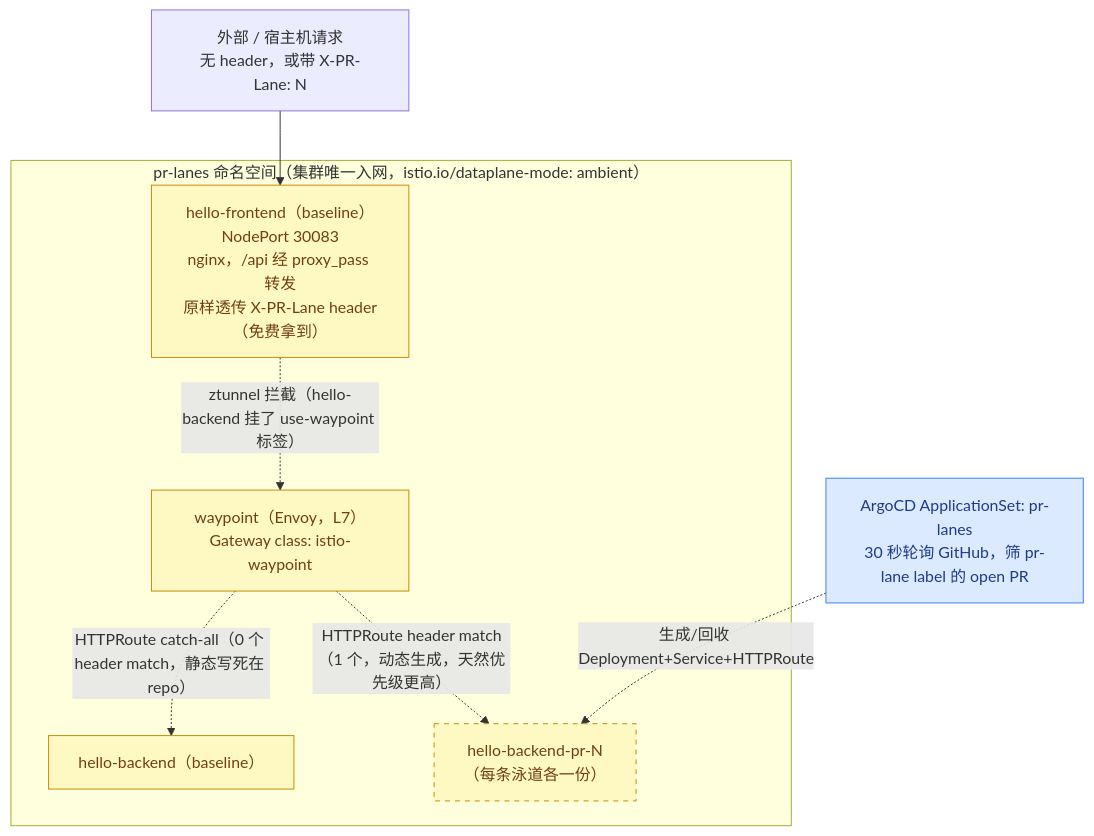
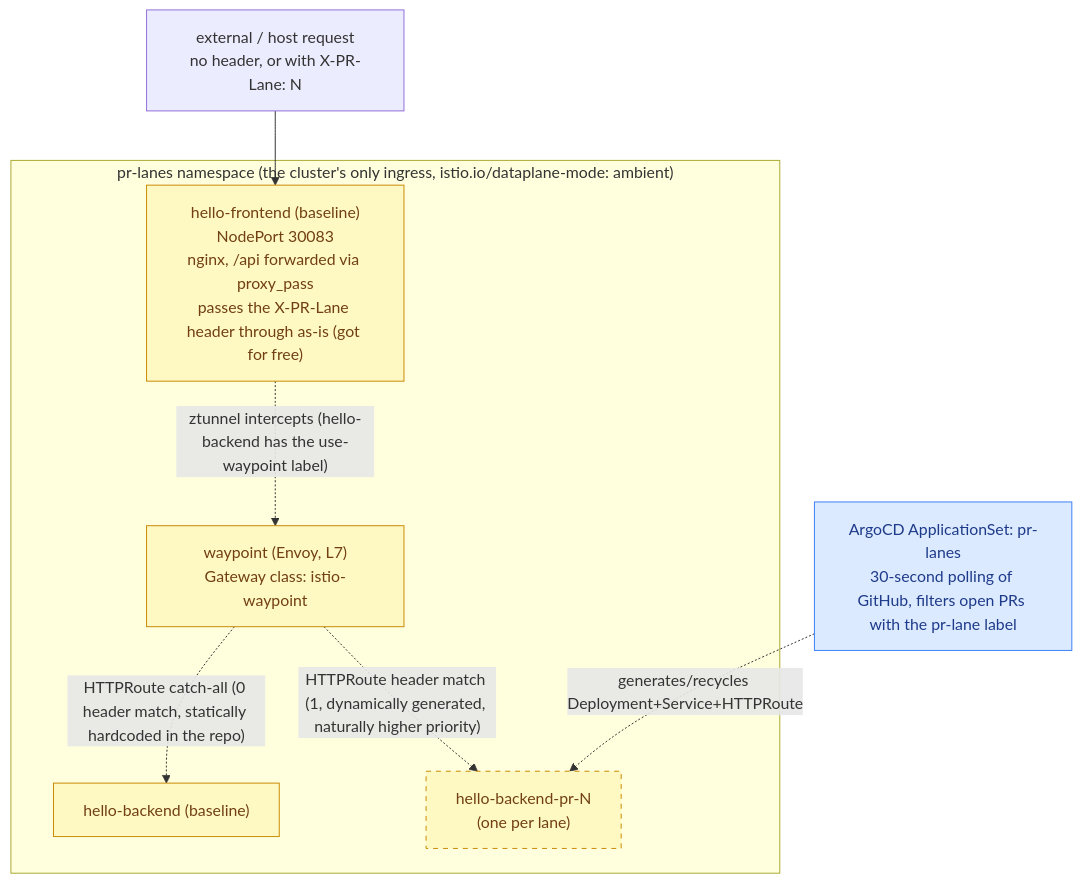
One commit to Jeromefromcn/docker-gitops changed the third of 3 diagrams in docs/container-topology/v3.md. Above: the diagram before and after it, drawn with Mermaid. The commit also changed other lines of this file and 155 other files, not shown here.

````diff
--- a/docs/container-topology/v3.md
+++ b/docs/container-topology/v3.md
@@ -361,27 +361,27 @@
 ```mermaid
 flowchart TD
-    Client["外部 / 宿主机请求<br/>无 header，或带 X-PR-Lane: N"]
+    Client["external / host request<br/>no header, or with X-PR-Lane: N"]
 
-    subgraph mesh["pr-lanes 命名空间（集群唯一入网，istio.io/dataplane-mode: ambient）"]
-        Frontend["hello-frontend（baseline）<br/>NodePort 30083<br/>nginx，/api 经 proxy_pass 转发<br/>原样透传 X-PR-Lane header（免费拿到）"]
-        WaypointG["waypoint（Envoy，L7）<br/>Gateway class: istio-waypoint"]
-        Baseline["hello-backend（baseline）"]
-        LaneN["hello-backend-pr-N<br/>（每条泳道各一份）"]
+    subgraph mesh["pr-lanes namespace (the cluster's only ingress, istio.io/dataplane-mode: ambient)"]
+        Frontend["hello-frontend (baseline)<br/>NodePort 30083<br/>nginx, /api forwarded via proxy_pass<br/>passes the X-PR-Lane header through as-is (got for free)"]
+        WaypointG["waypoint (Envoy, L7)<br/>Gateway class: istio-waypoint"]
+        Baseline["hello-backend (baseline)"]
+        LaneN["hello-backend-pr-N<br/>(one per lane)"]
     end
 
-    AppSet["ArgoCD ApplicationSet: pr-lanes<br/>30 秒轮询 GitHub，筛 pr-lane label 的 open PR"]
+    AppSet["ArgoCD ApplicationSet: pr-lanes<br/>30-second polling of GitHub, filters open PRs with the pr-lane label"]
 
     Client --> Frontend
-    Frontend -."ztunnel 拦截（hello-backend 挂了 use-waypoint 标签）".-> WaypointG
-    WaypointG -."HTTPRoute catch-all（0 个 header match，静态写死在 repo）".-> Baseline
-    WaypointG -."HTTPRoute header match（1 个，动态生成，天然优先级更高）".-> LaneN
-    AppSet -."生成/回收 Deployment+Service+HTTPRoute".-> LaneN
+    Frontend -."ztunnel intercepts (hello-backend has the use-waypoint label)".-> WaypointG
+    WaypointG -."HTTPRoute catch-all (0 header match, statically hardcoded in the repo)".-> Baseline
+    WaypointG -."HTTPRoute header match (1, dynamically generated, naturally higher priority)".-> LaneN
+    AppSet -."generates/recycles Deployment+Service+HTTPRoute".-> LaneN
 
     classDef mesh fill:#fef9c3,stroke:#ca8a04,color:#713f12
     classDef meshDynamic fill:#fef9c3,stroke:#ca8a04,color:#713f12,stroke-dasharray: 5 5
     classDef gitops fill:#dbeafe,stroke:#3b82f6,color:#1e3a8a
 
     class Frontend,WaypointG,Baseline mesh
     class LaneN meshDynamic
     class AppSet gitops
 ```
````
